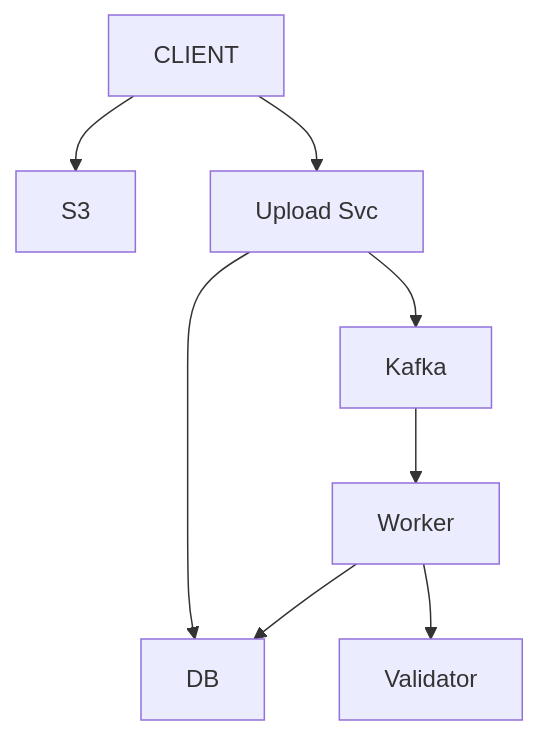
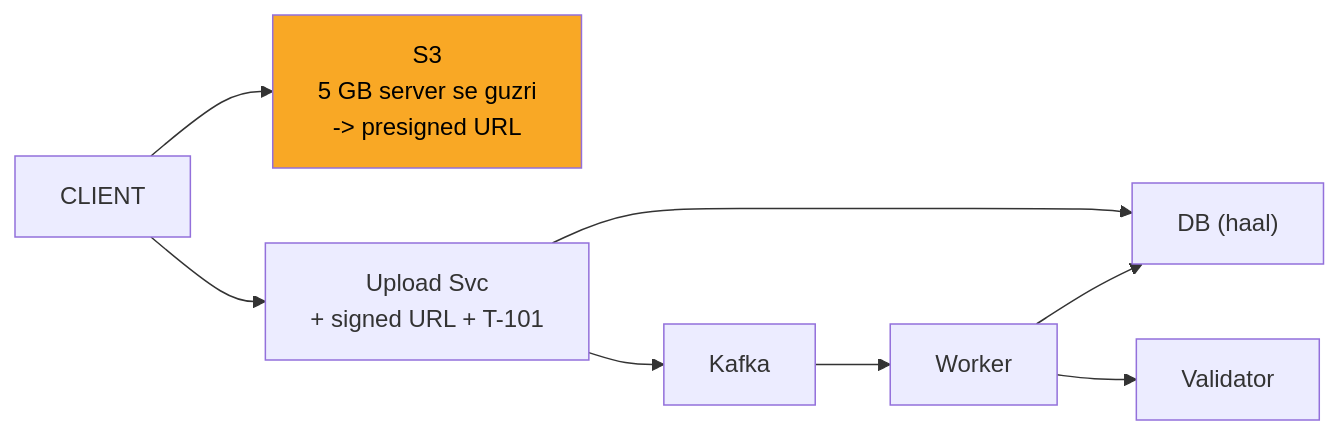
Before and after one commit to ArpanMaheshwari144/Prep: the third of 11 diagrams in 04_HLD/SYSTEM_DESIGNS/07_file_upload_validate_system/07_file_upload_INTERVIEW.md, drawn with Mermaid. The commit also changed other lines of this file and 2 other files, not shown here.

Commit message:
notification, payment, file upload: one-day story, short cards, follow-ups with rules, highlighted diagrams

````diff
--- a/04_HLD/SYSTEM_DESIGNS/07_file_upload_validate_system/07_file_upload_INTERVIEW.md
+++ b/04_HLD/SYSTEM_DESIGNS/07_file_upload_validate_system/07_file_upload_INTERVIEW.md
@@ -124,17 +125,18 @@
 ```mermaid
-flowchart TD
+flowchart LR
     n_CLIENT["CLIENT"]
-    n_S3["S3"]
-    n_Upload_Svc["Upload Svc"]
-    n_DB["DB"]
+    n_S3["S3<br/>5 GB server se guzri<br/>-> presigned URL"]
+    n_Upload_Svc["Upload Svc<br/>+ signed URL + T-101"]
+    n_DB["DB (haal)"]
     n_Kafka["Kafka"]
     n_Worker["Worker"]
     n_Validator["Validator"]
     n_CLIENT --> n_S3
     n_CLIENT --> n_Upload_Svc
     n_Upload_Svc --> n_DB
     n_Upload_Svc --> n_Kafka
     n_Kafka --> n_Worker
     n_Worker --> n_Validator
     n_Worker --> n_DB
+    style n_S3 fill:#f9a825,color:#000
 ```
````
